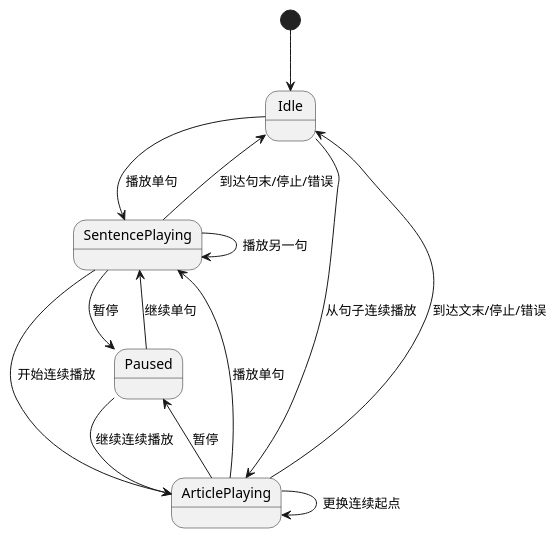
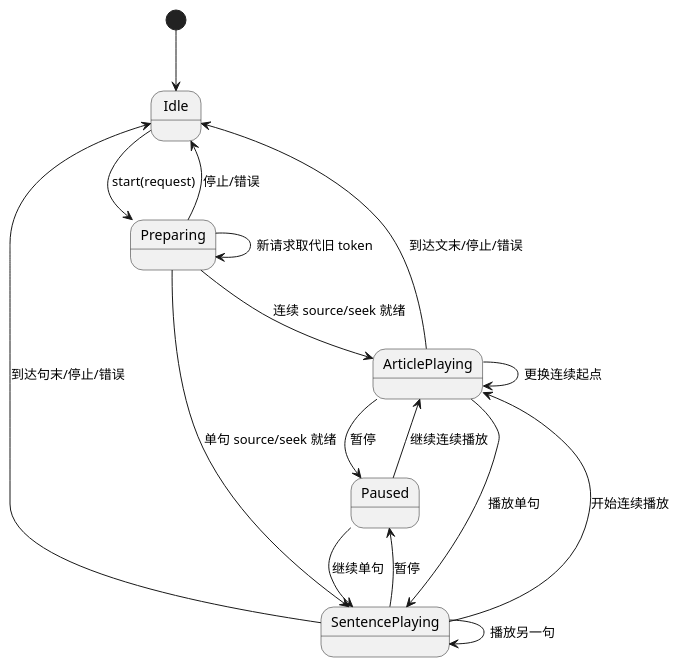
The eighth of 9 diagrams in .scratch/mvp/mvp_design.md (Mort2000/engirdle), drawn with PlantUML before and after one commit. The commit also changed other lines of this file and 5 other files, not shown here.

````diff
--- a/.scratch/mvp/mvp_design.md
+++ b/.scratch/mvp/mvp_design.md
@@ -689,18 +695,21 @@
 ```plantuml
 @startuml
 skinparam shadowing false
 [*] --> Idle
-Idle --> SentencePlaying : 播放单句
-Idle --> ArticlePlaying : 从句子连续播放
+Idle --> Preparing : start(request)
+Preparing --> SentencePlaying : 单句 source/seek 就绪
+Preparing --> ArticlePlaying : 连续 source/seek 就绪
+Preparing --> Preparing : 新请求取代旧 token
+Preparing --> Idle : 停止/错误
 SentencePlaying --> Paused : 暂停
 ArticlePlaying --> Paused : 暂停
 Paused --> SentencePlaying : 继续单句
 Paused --> ArticlePlaying : 继续连续播放
 SentencePlaying --> Idle : 到达句末/停止/错误
 ArticlePlaying --> Idle : 到达文末/停止/错误
 SentencePlaying --> SentencePlaying : 播放另一句
 SentencePlaying --> ArticlePlaying : 开始连续播放
 ArticlePlaying --> SentencePlaying : 播放单句
 ArticlePlaying --> ArticlePlaying : 更换连续起点
 @enduml
 ```
````
